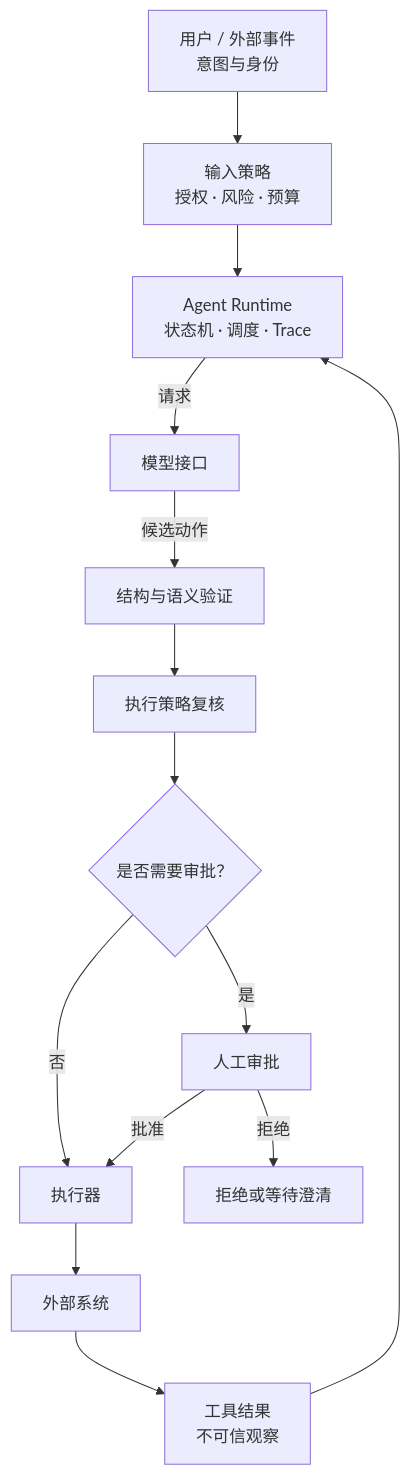
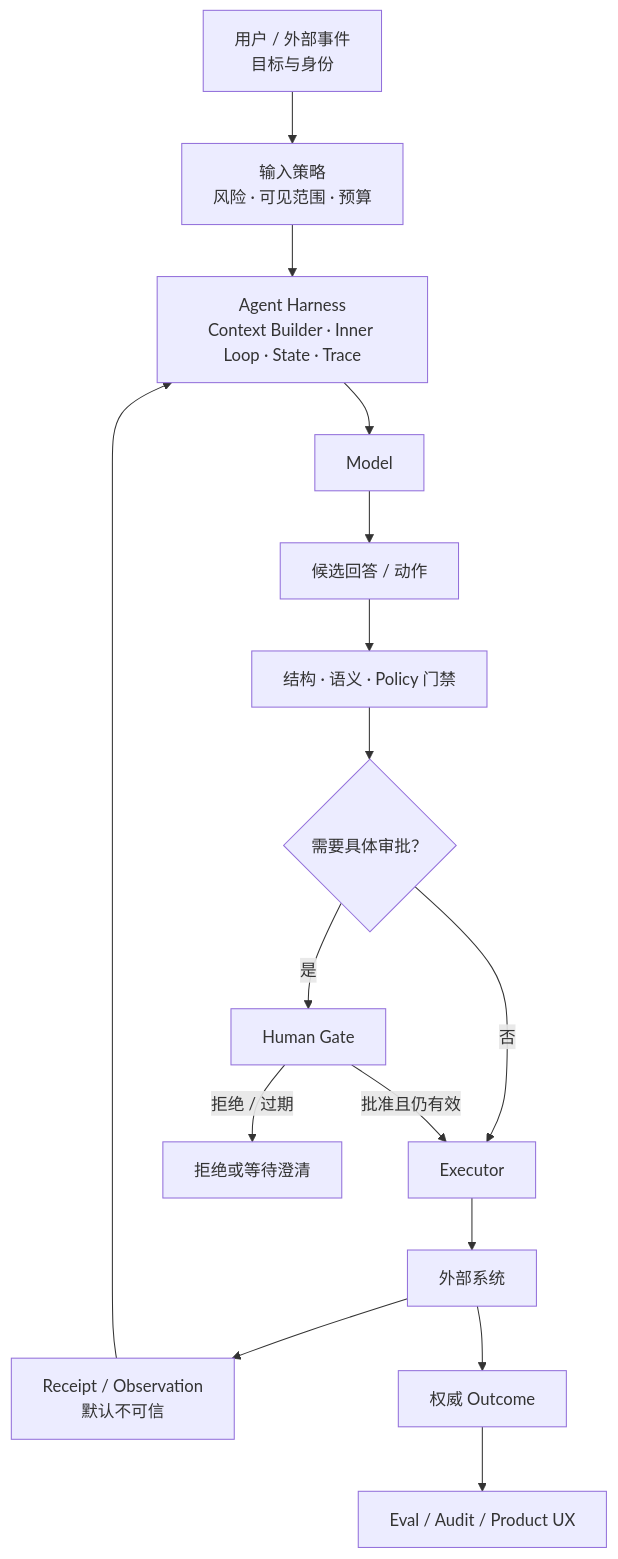
The second of 2 diagrams in site/00-导读/02-知识地图与学习门禁.md (whatthehan/masterpiece-static-docs), drawn with Mermaid before and after one commit. The commit also changed other lines of this file and 152 other files, not shown here.

````diff
--- a/site/00-导读/02-知识地图与学习门禁.md
+++ b/site/00-导读/02-知识地图与学习门禁.md
@@ -106,16 +124,18 @@
 ```mermaid
 flowchart TD
-    U["用户 / 外部事件<br/>意图与身份"] --> P1["输入策略<br/>授权 · 风险 · 预算"]
-    P1 --> R["Agent Runtime<br/>状态机 · 调度 · Trace"]
-    R -->|请求| M["模型接口"]
-    M -->|候选动作| V["结构与语义验证"]
-    V --> P2["执行策略复核"]
-    P2 --> A{"是否需要审批？"}
-    A -->|是| H["人工审批"]
-    A -->|否| E["执行器"]
-    H -->|批准| E
-    H -->|拒绝| W["拒绝或等待澄清"]
+    U["用户 / 外部事件<br/>目标与身份"] --> P1["输入策略<br/>风险 · 可见范围 · 预算"]
+    P1 --> R["Agent Harness<br/>Context Builder · Inner Loop · State · Trace"]
+    R --> M["Model"]
+    M --> V["候选回答 / 动作"]
+    V --> G["结构 · 语义 · Policy 门禁"]
+    G --> A{"需要具体审批？"}
+    A -->|是| H["Human Gate"]
+    A -->|否| E["Executor"]
+    H -->|批准且仍有效| E
+    H -->|拒绝 / 过期| W["拒绝或等待澄清"]
     E --> X["外部系统"]
-    X --> O["工具结果<br/>不可信观察"]
+    X --> O["Receipt / Observation<br/>默认不可信"]
     O --> R
+    X --> Y["权威 Outcome"]
+    Y --> Q["Eval / Audit / Product UX"]
 ```
````
